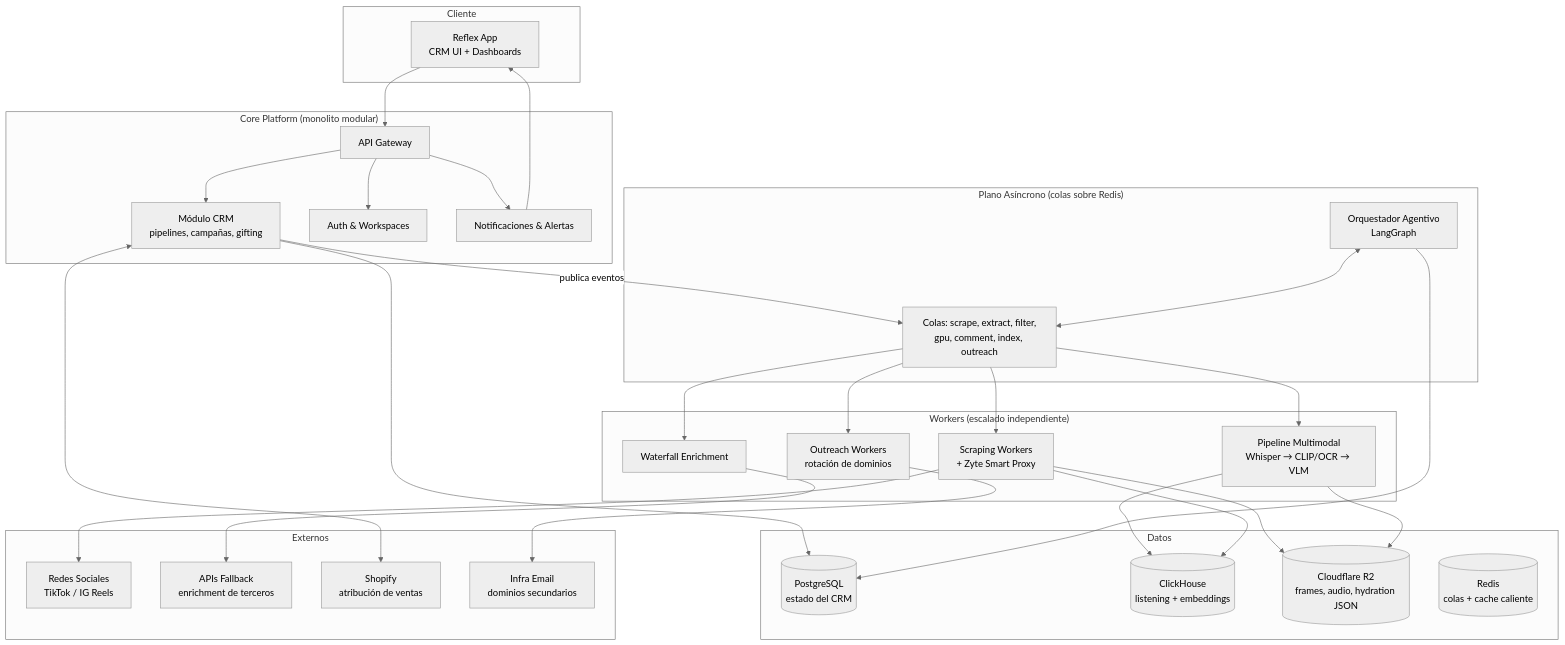
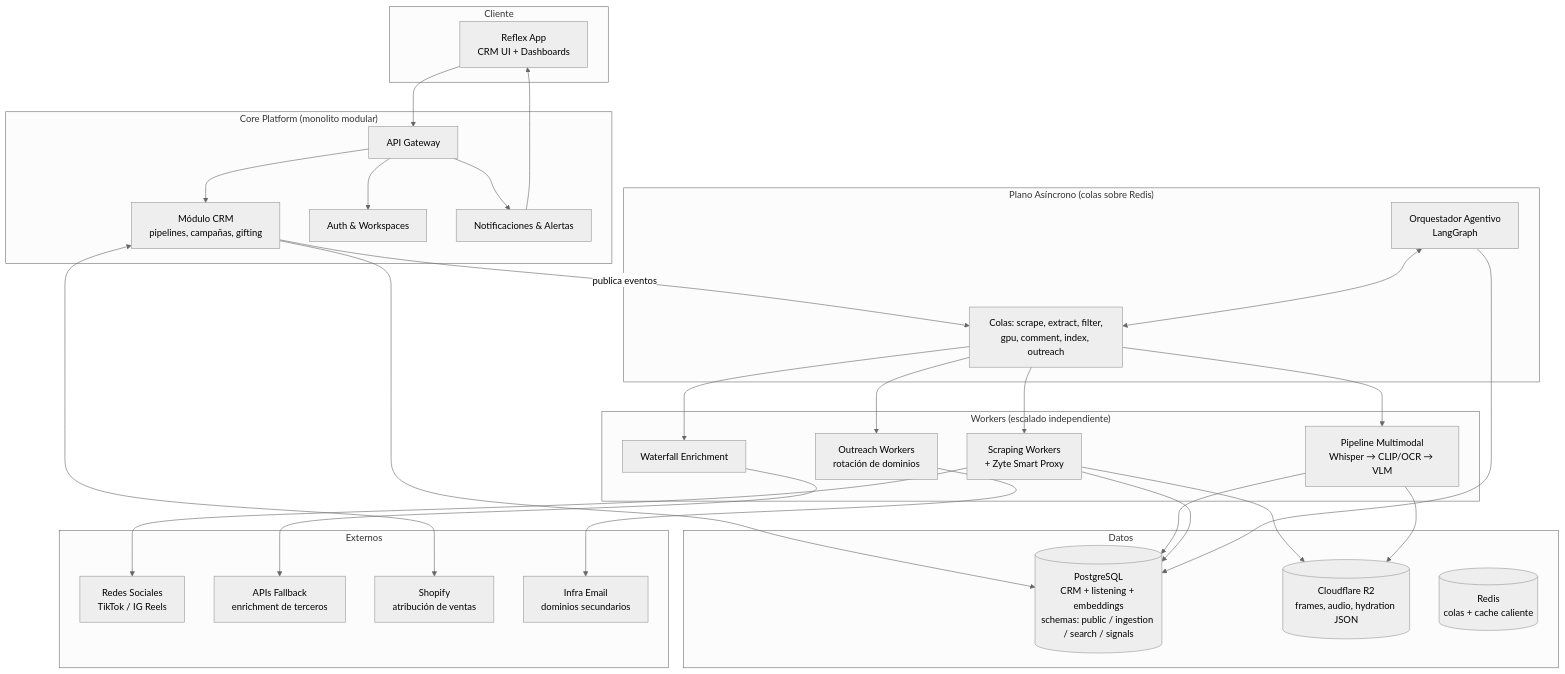
Before and after one commit to AttitudeFactory/Qualify: the first of 2 diagrams in docs/arquitectura.md, drawn with Mermaid (neutral theme). The commit also changed other lines of this file, not shown here.

````diff
--- a/docs/arquitectura.md
+++ b/docs/arquitectura.md
@@ -20,56 +20,55 @@
 ```mermaid
 graph TB
     subgraph Cliente
         UI[Reflex App<br/>CRM UI + Dashboards]
     end
 
     subgraph Core["Core Platform (monolito modular)"]
         API[API Gateway]
         CRM[Módulo CRM<br/>pipelines, campañas, gifting]
         AUTH[Auth & Workspaces]
         NOTIF[Notificaciones & Alertas]
     end
 
     subgraph Async["Plano Asíncrono (colas sobre Redis)"]
         ORCH[Orquestador Agentivo<br/>LangGraph]
         QW[Colas: scrape, extract, filter,<br/>gpu, comment, index, outreach]
     end
 
     subgraph Workers["Workers (escalado independiente)"]
         SCR[Scraping Workers<br/>+ Zyte Smart Proxy]
         ENR[Waterfall Enrichment]
         MM[Pipeline Multimodal<br/>Whisper → CLIP/OCR → VLM]
         OUT[Outreach Workers<br/>rotación de dominios]
     end
 
     subgraph Datos
-        PG[(PostgreSQL<br/>estado del CRM)]
-        CH[(ClickHouse<br/>listening + embeddings)]
+        PG[(PostgreSQL<br/>CRM + listening + embeddings<br/>schemas: public / ingestion / search / signals)]
         S3[(Cloudflare R2<br/>frames, audio, hydration JSON)]
         RD[(Redis<br/>colas + cache caliente)]
     end
 
     subgraph Externos
         SN[Redes Sociales<br/>TikTok / IG Reels]
         FB[APIs Fallback<br/>enrichment de terceros]
         SH[Shopify<br/>atribución de ventas]
         ESP[Infra Email<br/>dominios secundarios]
     end
 
     UI --> API
     API --> CRM & AUTH & NOTIF
     CRM --> PG
     CRM -- "publica eventos" --> QW
     ORCH <--> QW
     QW --> SCR & ENR & MM & OUT
     SCR --> SN
     SCR --> S3
     ENR --> FB
     MM --> S3
-    MM --> CH
-    SCR --> CH
+    MM --> PG
+    SCR --> PG
     OUT --> ESP
     CRM <--> SH
     NOTIF --> UI
     ORCH --> PG
 ```
````
